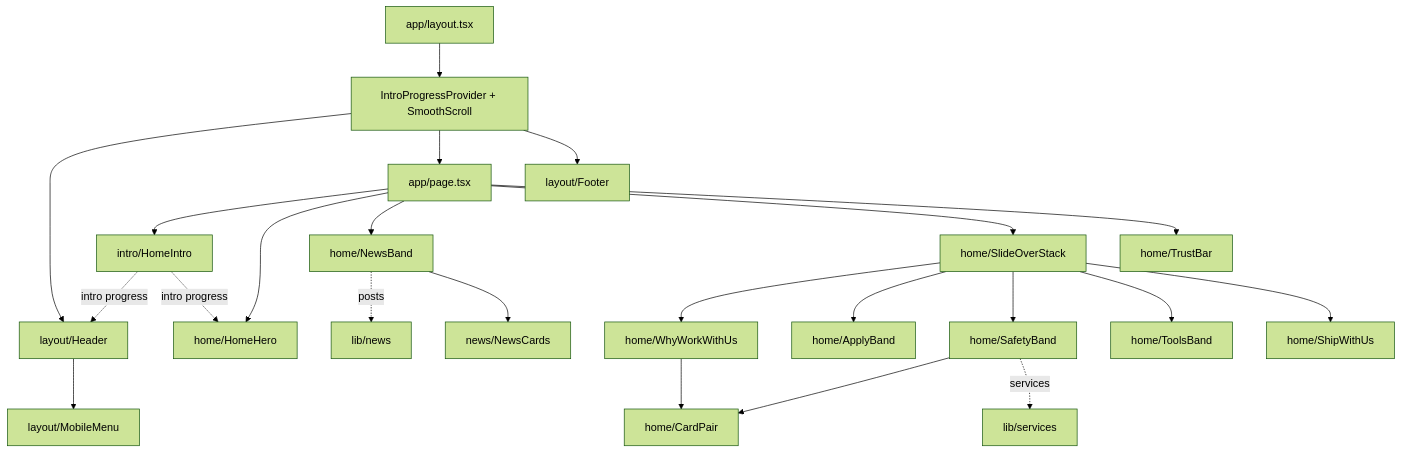
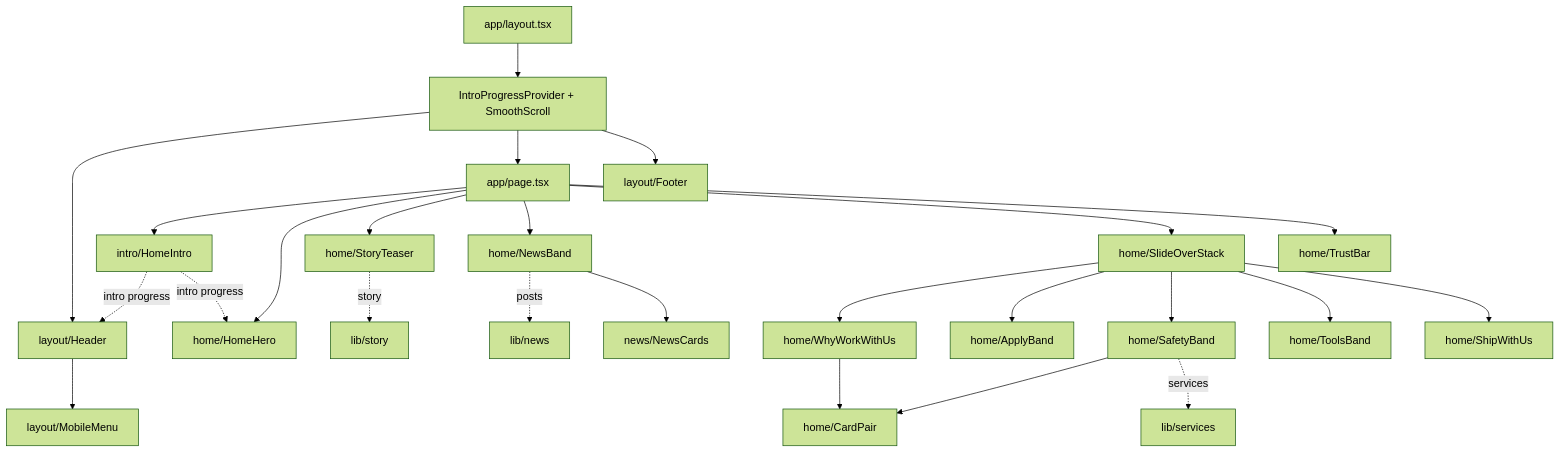
One commit to stadlerv3311/laughing-dollop changed the diagram in docs/NAVIGATION.md. Above: the diagram before and after it, drawn with Mermaid (forest theme). The commit also changed other lines of this file and 1 other file, not shown here.

````diff
--- a/docs/NAVIGATION.md
+++ b/docs/NAVIGATION.md
@@ -76,25 +76,27 @@
 ```mermaid
 flowchart TD
   Layout["app/layout.tsx"] --> Providers["IntroProgressProvider + SmoothScroll"]
   Providers --> Header["layout/Header"]
   Providers --> Page["app/page.tsx"]
   Providers --> Footer["layout/Footer"]
   Header --> MobileMenu["layout/MobileMenu"]
   Page --> HomeIntro["intro/HomeIntro"]
   Page --> HomeHero["home/HomeHero"]
   SlideOverStack --> WhyWorkWithUs["home/WhyWorkWithUs"]
   SlideOverStack --> ApplyBand["home/ApplyBand"]
+  Page --> StoryTeaser["home/StoryTeaser"]
+  StoryTeaser -. "story" .-> Story["lib/story"]
   Page --> NewsBand["home/NewsBand"]
   NewsBand -. "posts" .-> News["lib/news"]
   NewsBand --> NewsCards["news/NewsCards"]
   Page --> SlideOverStack["home/SlideOverStack"]
   SlideOverStack --> SafetyBand["home/SafetyBand"]
   SlideOverStack --> ToolsBand["home/ToolsBand"]
   SlideOverStack --> ShipWithUs["home/ShipWithUs"]
   SafetyBand --> CardPair["home/CardPair"]
   SafetyBand -. "services" .-> Services["lib/services"]
   WhyWorkWithUs --> CardPair
   Page --> TrustBar["home/TrustBar"]
   HomeIntro -. "intro progress" .-> Header
   HomeIntro -. "intro progress" .-> HomeHero
 ```
````
